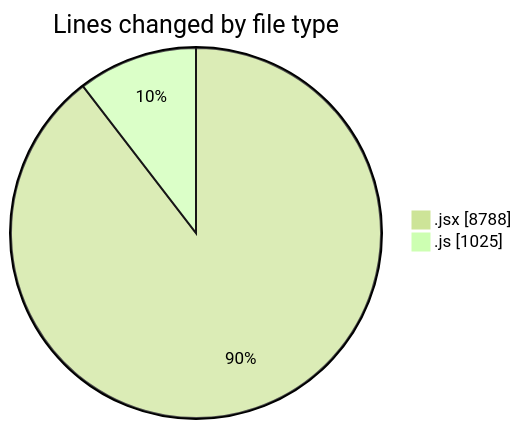
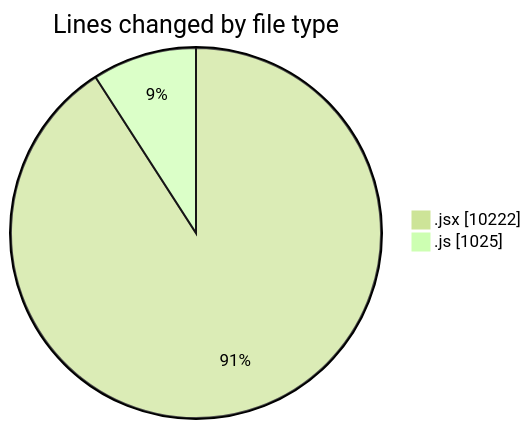
One commit to nxtqubesakshisongat/code-tracking changed the first of 2 diagrams in 2025-07-21/nxtqube_webapp/README.md. Above: the diagram before and after it, drawn with Mermaid (forest theme). The commit also changed other lines of this file and 1 other file, not shown here.

````diff
--- a/2025-07-21/nxtqube_webapp/README.md
+++ b/2025-07-21/nxtqube_webapp/README.md
@@ -32,6 +32,6 @@
 ```mermaid
 pie showData
 title Lines changed by file type
-".jsx" : 8788
+".jsx" : 10222
 ".js" : 1025
 ```
````
